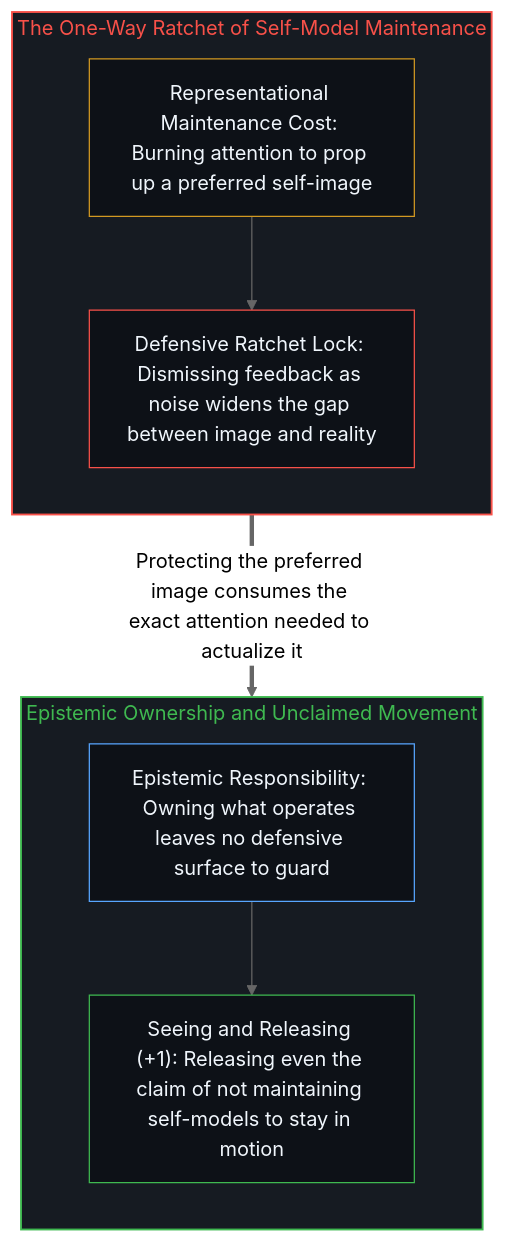
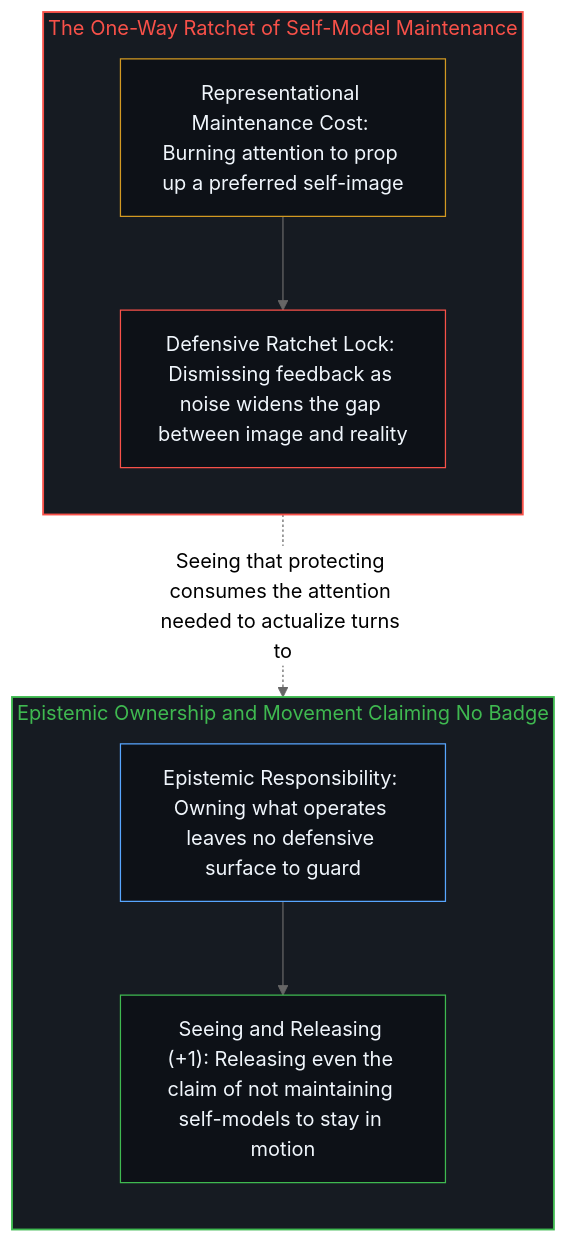
The second of 2 diagrams in content/posts/the-maintenance-paradox.md (powerpig99/not-a-toe), drawn with Mermaid (neutral theme) before and after one commit. The commit also changed other lines of this file and 1 other file, not shown here.

````diff
--- a/content/posts/the-maintenance-paradox.md
+++ b/content/posts/the-maintenance-paradox.md
@@ -42,22 +42,22 @@
 ```mermaid
 flowchart TD
     subgraph S_Ratchet["The One-Way Ratchet of Self-Model Maintenance"]
         direction TB
         Guard["Representational Maintenance Cost: Burning attention to prop up a preferred self-image"]
         Ratchet["Defensive Ratchet Lock: Dismissing feedback as noise widens the gap between image and reality"]
         Guard --> Ratchet
     end
-    subgraph S_Release["Epistemic Ownership and Unclaimed Movement"]
+    subgraph S_Release["Epistemic Ownership and Movement Claiming No Badge"]
         direction TB
         Own["Epistemic Responsibility: Owning what operates leaves no defensive surface to guard"]
         Move["Seeing and Releasing (+1): Releasing even the claim of not maintaining self-models to stay in motion"]
         Own --> Move
     end
-    Ratchet ==>|"Protecting the preferred image consumes the exact attention needed to actualize it"| Own
+    Ratchet -.->|"Seeing that protecting consumes the attention needed to actualize turns to"| Own
     style S_Ratchet fill:#161b22,stroke:#f85149,stroke-width:1.5px,color:#f85149
     style S_Release fill:#161b22,stroke:#3fb950,stroke-width:1.5px,color:#3fb950
     style Guard fill:#0d1117,stroke:#d29922,stroke-width:1px,color:#f0f6fc
     style Ratchet fill:#0d1117,stroke:#f85149,stroke-width:1px,color:#f0f6fc
     style Own fill:#0d1117,stroke:#58a6ff,stroke-width:1px,color:#f0f6fc
     style Move fill:#0d1117,stroke:#3fb950,stroke-width:1px,color:#f0f6fc
 ```
````
